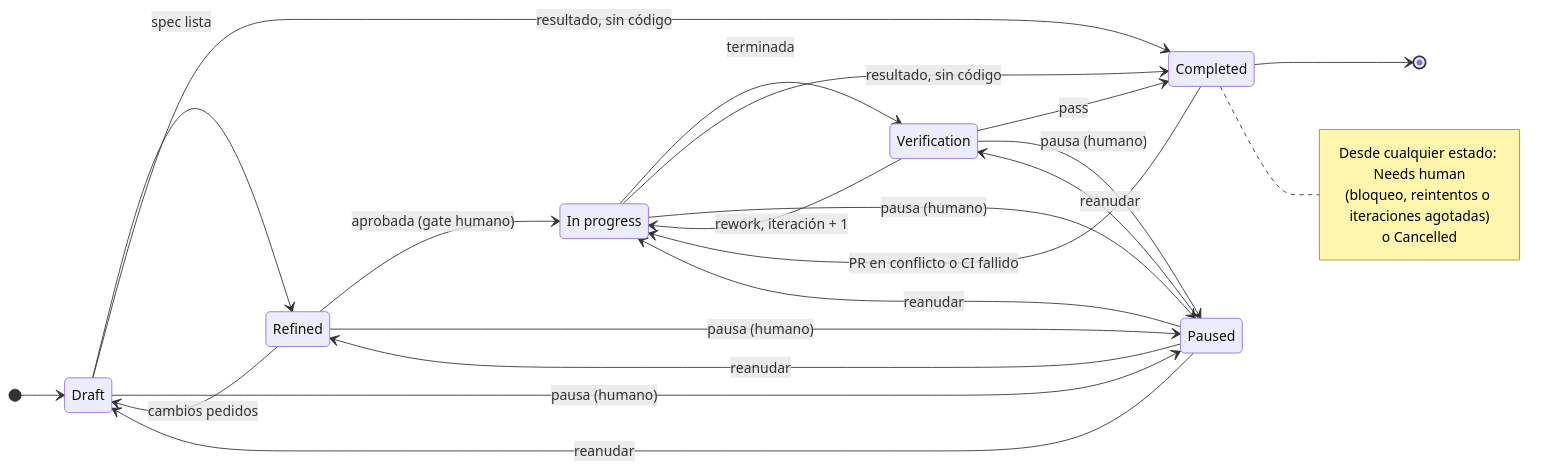
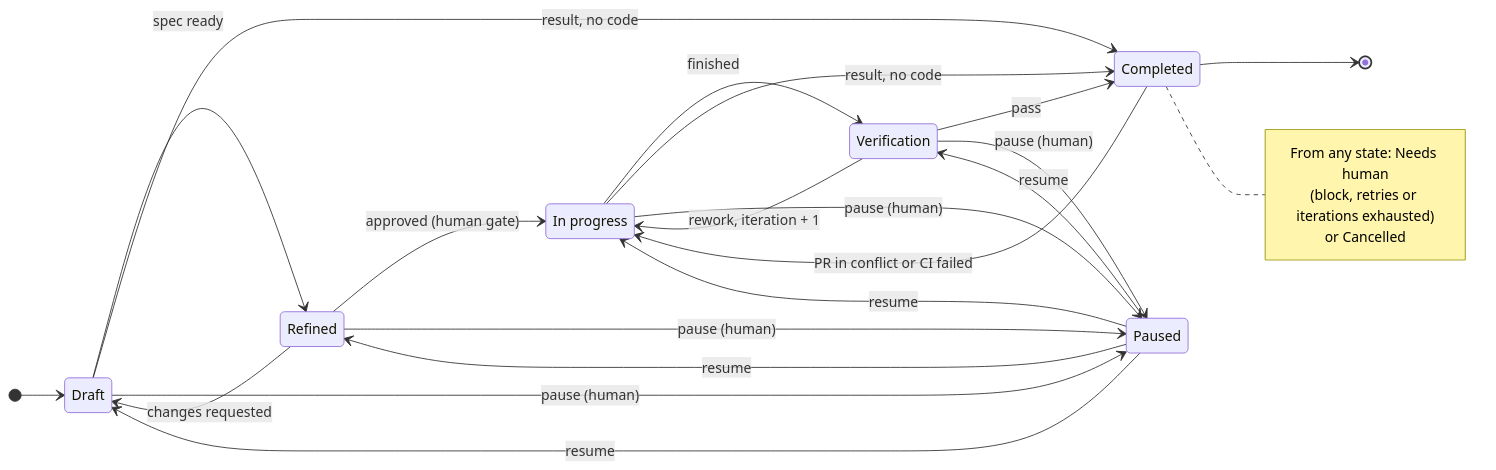
Before and after one commit to sergiowero/lunas-queue: the first of 2 diagrams in docs/design.md, drawn with Mermaid. The commit also changed other lines of this file and 568 other files, not shown here.

````diff
--- a/docs/design.md
+++ b/docs/design.md
@@ -58,29 +58,29 @@
 ```mermaid
 stateDiagram-v2
     direction LR
     [*] --> Draft
-    Draft --> Refined: spec lista
-    Refined --> Draft: cambios pedidos
-    Refined --> InProgress: aprobada (gate humano)
-    InProgress --> Verification: terminada
-    Verification --> InProgress: rework, iteración + 1
+    Draft --> Refined: spec ready
+    Refined --> Draft: changes requested
+    Refined --> InProgress: approved (human gate)
+    InProgress --> Verification: finished
+    Verification --> InProgress: rework, iteration + 1
     Verification --> Completed: pass
-    Draft --> Completed: resultado, sin código
-    InProgress --> Completed: resultado, sin código
-    Completed --> InProgress: PR en conflicto o CI fallido
+    Draft --> Completed: result, no code
+    InProgress --> Completed: result, no code
+    Completed --> InProgress: PR in conflict or CI failed
     Completed --> [*]
-    Draft --> Paused: pausa (humano)
-    Refined --> Paused: pausa (humano)
-    InProgress --> Paused: pausa (humano)
-    Verification --> Paused: pausa (humano)
-    Paused --> Draft: reanudar
-    Paused --> Refined: reanudar
-    Paused --> InProgress: reanudar
-    Paused --> Verification: reanudar
+    Draft --> Paused: pause (human)
+    Refined --> Paused: pause (human)
+    InProgress --> Paused: pause (human)
+    Verification --> Paused: pause (human)
+    Paused --> Draft: resume
+    Paused --> Refined: resume
+    Paused --> InProgress: resume
+    Paused --> Verification: resume
     InProgress: In progress
     note right of Completed
-        Desde cualquier estado: Needs human
-        (bloqueo, reintentos o iteraciones agotadas)
-        o Cancelled
+        From any state: Needs human
+        (block, retries or iterations exhausted)
+        or Cancelled
     end note
 ```
````
